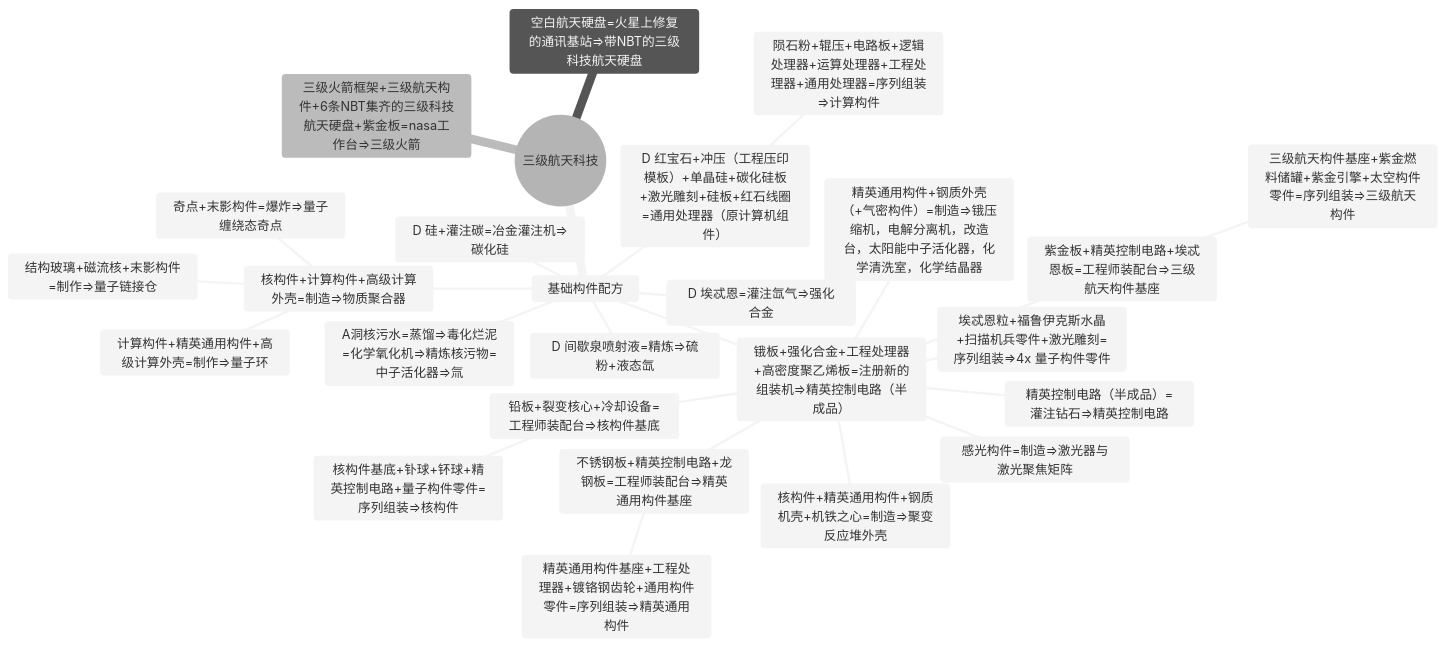
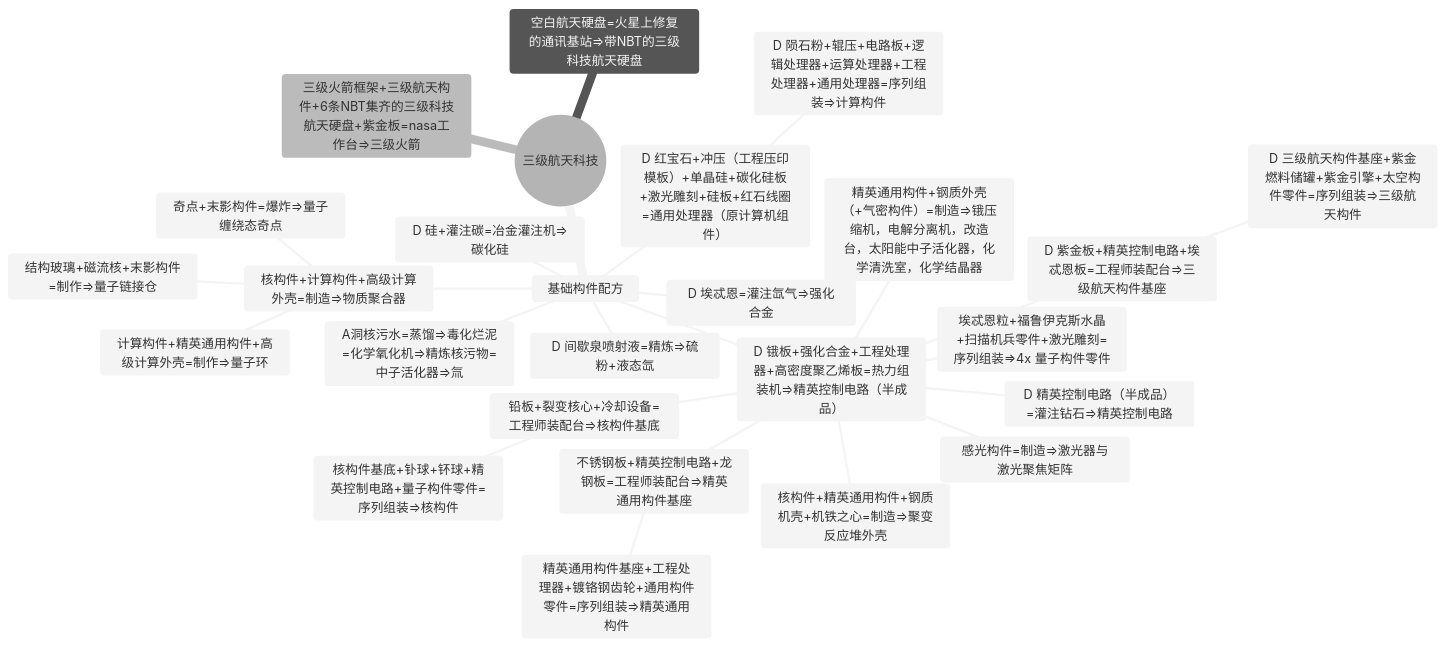
One commit to VechniMetel/CodeNameCIM2 changed the third of 4 diagrams in Developer/TechTreeMap.md. Above: the diagram before and after it, drawn with Mermaid (neutral theme). The commit also changed other lines of this file and 46 other files, not shown here.

````diff
--- a/Developer/TechTreeMap.md
+++ b/Developer/TechTreeMap.md
@@ -80,29 +80,29 @@
 ``` mermaid
 mindmap
     root((三级航天科技))
         基础构件配方
             D 间歇泉喷射液=精炼=>硫粉+液态氙
             D 埃忒恩=灌注氙气=>强化合金
             D 硅+灌注碳=冶金灌注机=>碳化硅
             D 红宝石+冲压（工程压印模板）+单晶硅+碳化硅板+激光雕刻+硅板+红石线圈=通用处理器（原计算机组件）
-                陨石粉+辊压+电路板+逻辑处理器+运算处理器+工程处理器+通用处理器=序列组装=>计算构件
-            锇板+强化合金+工程处理器+高密度聚乙烯板=注册新的组装机=>精英控制电路（半成品）
-                精英控制电路（半成品）=灌注钻石=>精英控制电路
-                紫金板+精英控制电路+埃忒恩板=工程师装配台=>三级航天构件基座
-                    三级航天构件基座+紫金燃料储罐+紫金引擎+太空构件零件=序列组装=>三级航天构件
+                D 陨石粉+辊压+电路板+逻辑处理器+运算处理器+工程处理器+通用处理器=序列组装=>计算构件
+            D 锇板+强化合金+工程处理器+高密度聚乙烯板=热力组装机=>精英控制电路（半成品）
+                D 精英控制电路（半成品）=灌注钻石=>精英控制电路
+                D 紫金板+精英控制电路+埃忒恩板=工程师装配台=>三级航天构件基座
+                    D 三级航天构件基座+紫金燃料储罐+紫金引擎+太空构件零件=序列组装=>三级航天构件
                 不锈钢板+精英控制电路+龙钢板=工程师装配台=>精英通用构件基座
                     精英通用构件基座+工程处理器+镀铬钢齿轮+通用构件零件=序列组装=>精英通用构件
                 埃忒恩粒+福鲁伊克斯水晶+扫描机兵零件+激光雕刻=序列组装=>4x 量子构件零件
                 铅板+裂变核心+冷却设备=工程师装配台=>核构件基底
                     核构件基底+钋球+钚球+精英控制电路+量子构件零件=序列组装=>核构件
                 核构件+精英通用构件+钢质机壳+机铁之心=制造=>聚变反应堆外壳
                 感光构件=制造=>激光器与激光聚焦矩阵
                 精英通用构件+钢质外壳（+气密构件）=制造=>锇压缩机，电解分离机，改造台，太阳能中子活化器，化学清洗室，化学结晶器
             核构件+计算构件+高级计算外壳=制造=>物质聚合器
                 奇点+末影构件=爆炸=>量子缠绕态奇点
                 计算构件+精英通用构件+高级计算外壳=制作=>量子环
                 结构玻璃+磁流核+末影构件=制作=>量子链接仓
             A洞核污水=蒸馏=>毒化烂泥=化学氧化机=>精炼核污物=中子活化器=>氚
         空白航天硬盘=火星上修复的通讯基站=>带NBT的三级科技航天硬盘
         三级火箭框架+三级航天构件+6条NBT集齐的三级科技航天硬盘+紫金板=nasa工作台=>三级火箭
 ```
````
